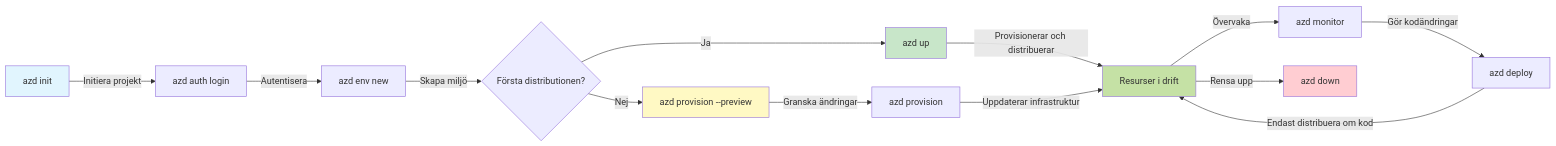
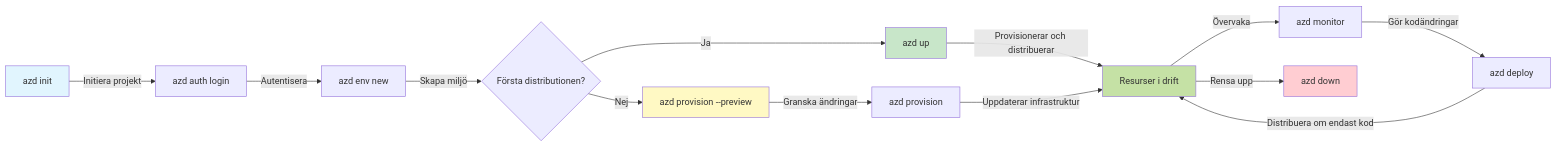
Before and after one commit to microsoft/AZD-for-beginners: the first of 2 diagrams in translations/sv/docs/chapter-01-foundation/azd-basics.md, drawn with Mermaid. The commit also changed other lines of this file and 104 other files, not shown here.

````diff
--- a/translations/sv/docs/chapter-01-foundation/azd-basics.md
+++ b/translations/sv/docs/chapter-01-foundation/azd-basics.md
@@ -269,21 +269,21 @@
 ```mermaid
 graph LR
     A[azd init] -->|Initiera projekt| B[azd auth login]
     B -->|Autentisera| C[azd env new]
     C -->|Skapa miljö| D{Första distributionen?}
     D -->|Ja| E[azd up]
     D -->|Nej| F[azd provision --preview]
     F -->|Granska ändringar| G[azd provision]
     E -->|Provisionerar och distribuerar| H[Resurser i drift]
     G -->|Uppdaterar infrastruktur| H
     H -->|Övervaka| I[azd monitor]
     I -->|Gör kodändringar| J[azd deploy]
-    J -->|Endast distribuera om kod| H
+    J -->|Distribuera om endast kod| H
     H -->|Rensa upp| K[azd down]
     
     style A fill:#e1f5fe
     style E fill:#c8e6c9
     style F fill:#fff9c4
     style H fill:#c5e1a5
     style K fill:#ffcdd2
 ```
````
